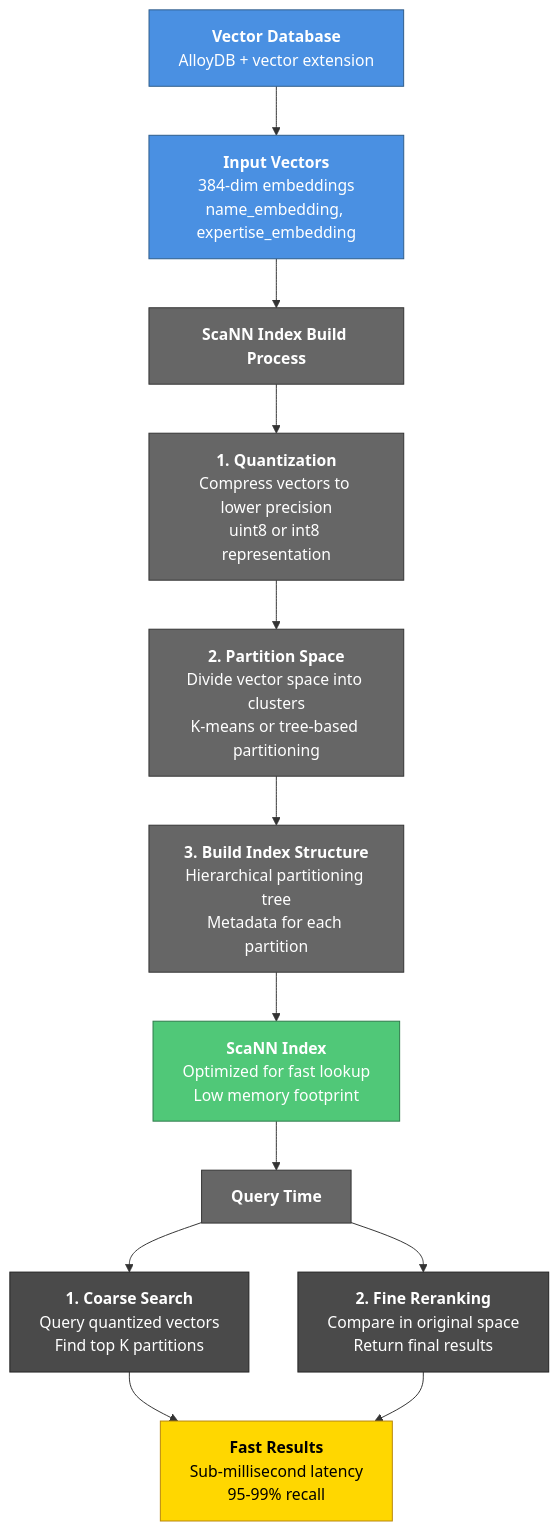
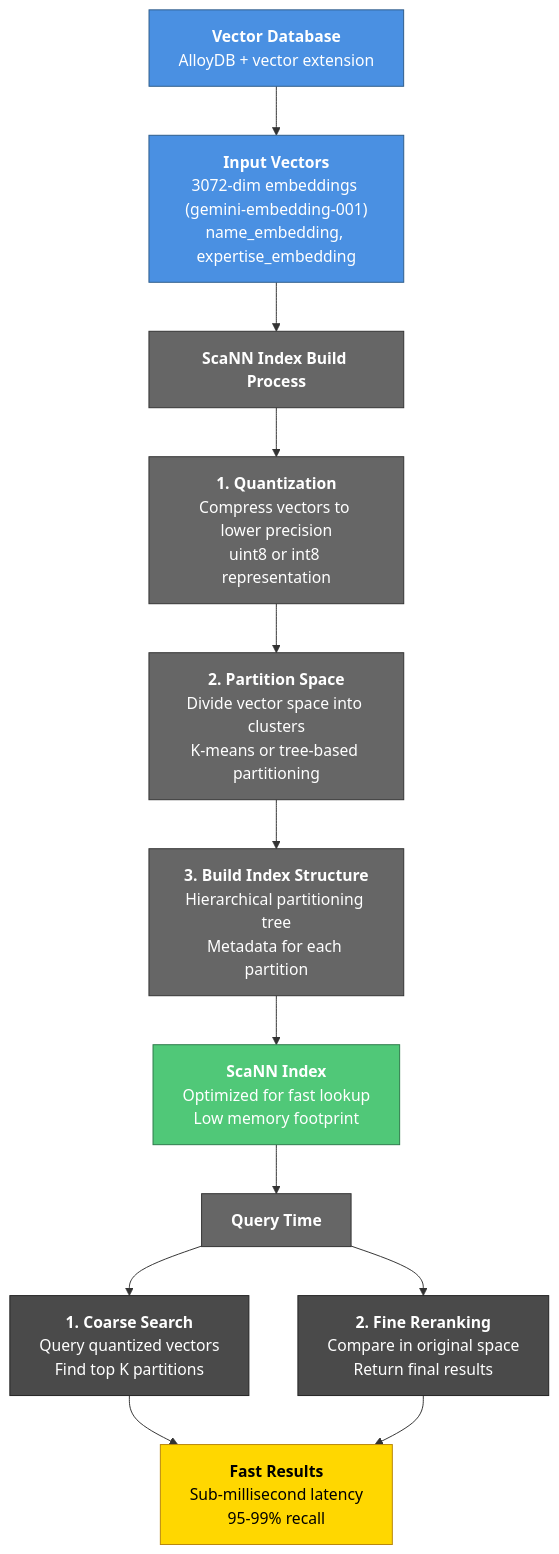
Before and after one commit to M-Pederson/docs: the diagram in guides/open-work/vectors-alloydb/scann.mdx, drawn with Mermaid. The commit also changed other lines of this file and 6 other files, not shown here.

First line of the commit message:
docs: lock AlloyDB vector index to ScaNN; standardize on gemini-embedding-001

````diff
--- a/guides/open-work/vectors-alloydb/scann.mdx
+++ b/guides/open-work/vectors-alloydb/scann.mdx
@@ -157,33 +161,33 @@
 ```mermaid
 graph TB
-    A["<b>Vector Database</b><br/>AlloyDB + vector extension"] --> B["<b>Input Vectors</b><br/>384-dim embeddings<br/>name_embedding, expertise_embedding"]
+    A["<b>Vector Database</b><br/>AlloyDB + vector extension"] --> B["<b>Input Vectors</b><br/>3072-dim embeddings (gemini-embedding-001)<br/>name_embedding, expertise_embedding"]
     
     B --> C["<b>ScaNN Index Build Process</b>"]
     
     C --> D["<b>1. Quantization</b><br/>Compress vectors to lower precision<br/>uint8 or int8 representation"]
     
     D --> E["<b>2. Partition Space</b><br/>Divide vector space into clusters<br/>K-means or tree-based partitioning"]
     
     E --> F["<b>3. Build Index Structure</b><br/>Hierarchical partitioning tree<br/>Metadata for each partition"]
     
     F --> G["<b>ScaNN Index</b><br/>Optimized for fast lookup<br/>Low memory footprint"]
     
     G --> H["<b>Query Time</b>"]
     H --> I["<b>1. Coarse Search</b><br/>Query quantized vectors<br/>Find top K partitions"]
     H --> J["<b>2. Fine Reranking</b><br/>Compare in original space<br/>Return final results"]
     
     I --> K["<b>Fast Results</b><br/>Sub-millisecond latency<br/>95-99% recall"]
     J --> K
     
     style A fill:#4A90E2,stroke:#2E5C8A,color:#fff
     style B fill:#4A90E2,stroke:#2E5C8A,color:#fff
     style C fill:#666,stroke:#333,color:#fff
     style D fill:#666,stroke:#333,color:#fff
     style E fill:#666,stroke:#333,color:#fff
     style F fill:#666,stroke:#333,color:#fff
     style G fill:#50C878,stroke:#2D7A4A,color:#fff
     style H fill:#666,stroke:#333,color:#fff
     style I fill:#4A4A4A,stroke:#222,color:#fff
     style J fill:#4A4A4A,stroke:#222,color:#fff
     style K fill:#FFD700,stroke:#B8860B,color:#000
 ```
````
